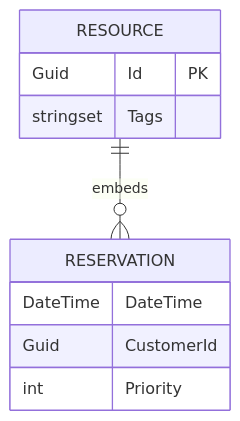
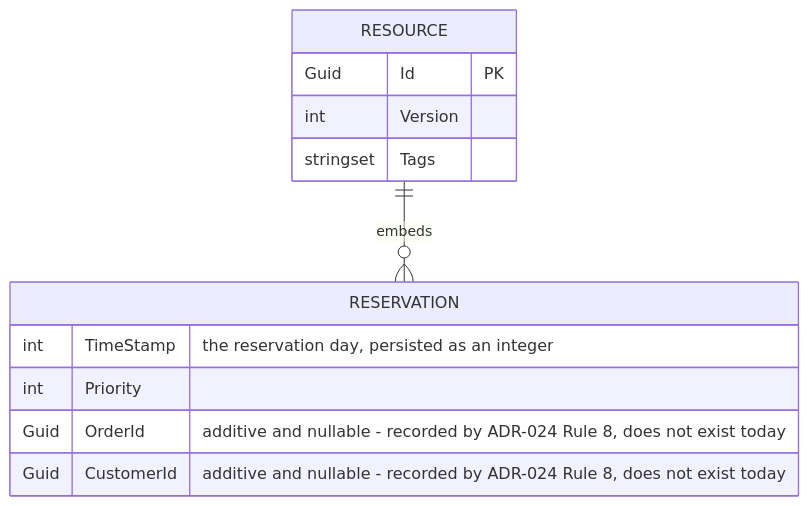
One commit to hianshul100/Pacco.Context changed diagram 20 of 26 in docs/architecture-inventory/architecture-views.md. Above: the diagram before and after it, drawn with Mermaid. The commit also changed other lines of this file and 12 other files, not shown here.

````diff
--- a/docs/architecture-inventory/architecture-views.md
+++ b/docs/architecture-inventory/architecture-views.md
@@ -1287,13 +1366,15 @@
 ```mermaid
 erDiagram
     RESOURCE ||--o{ RESERVATION : "embeds"
     RESOURCE {
         Guid Id PK
+        int Version
         stringset Tags
     }
     RESERVATION {
-        DateTime DateTime
-        Guid CustomerId
+        int TimeStamp "the reservation day, persisted as an integer"
         int Priority
+        Guid OrderId "additive and nullable - recorded by ADR-024 Rule 8, does not exist today"
+        Guid CustomerId "additive and nullable - recorded by ADR-024 Rule 8, does not exist today"
     }
 ```
````
